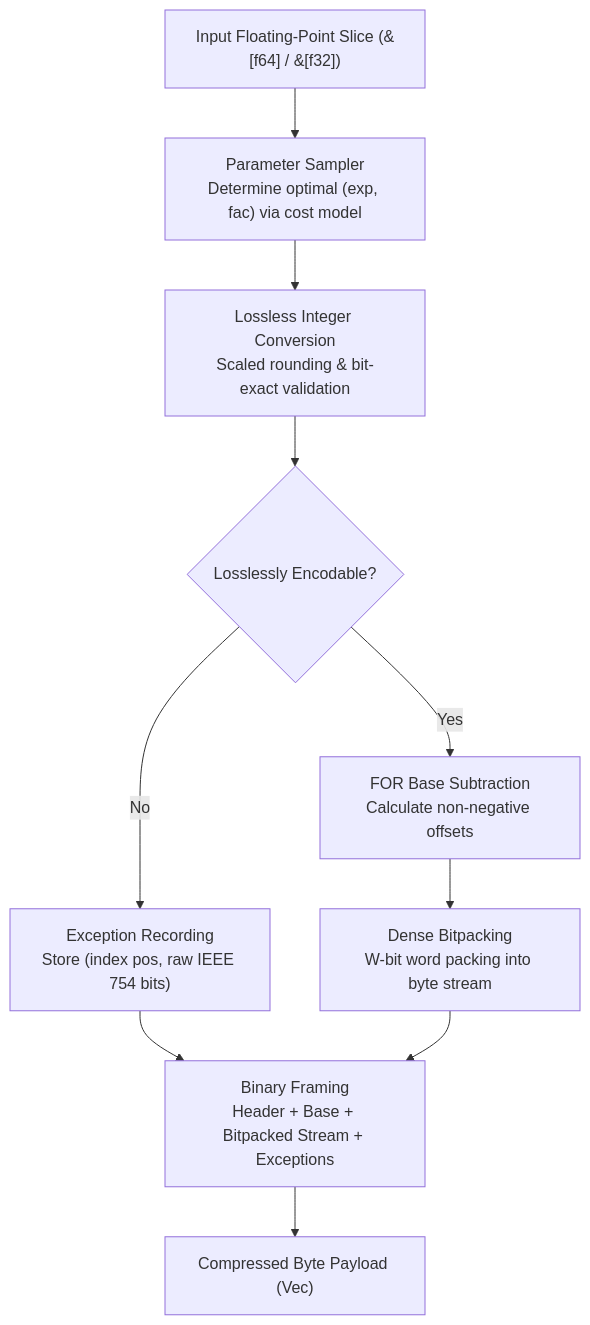
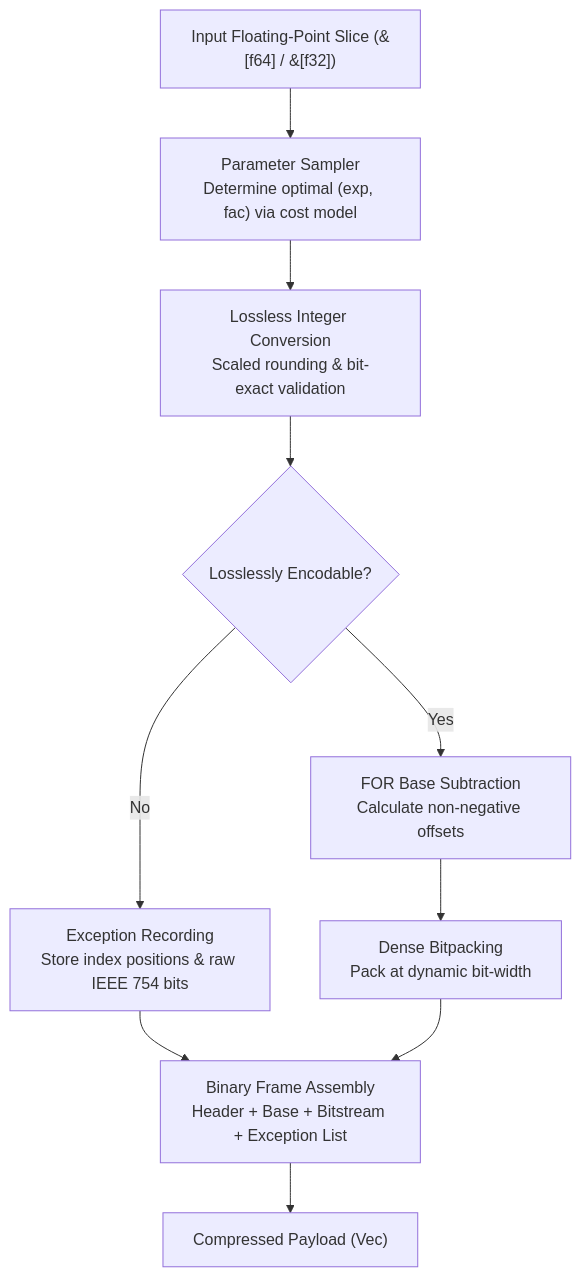
One commit to webc-site/wedb_embed changed the first of 2 diagrams in fastalp/README.md. Above: the diagram before and after it, drawn with Mermaid. The commit also changed other lines of this file and 42 other files, not shown here.

````diff
--- a/fastalp/README.md
+++ b/fastalp/README.md
@@ -229,12 +254,12 @@
 ```mermaid
 graph TD
   Input["Input Floating-Point Slice (&[f64] / &[f32])"] --> Sampler["Parameter Sampler<br/>Determine optimal (exp, fac) via cost model"]
   Sampler --> Encoder["Lossless Integer Conversion<br/>Scaled rounding & bit-exact validation"]
   Encoder --> Split{"Losslessly Encodable?"}
   Split -- Yes --> IntStream["FOR Base Subtraction<br/>Calculate non-negative offsets"]
-  Split -- No --> ExcStream["Exception Recording<br/>Store (index pos, raw IEEE 754 bits)"]
-  IntStream --> Bitpacker["Dense Bitpacking<br/>W-bit word packing into byte stream"]
-  ExcStream --> Frame["Binary Framing<br/>Header + Base + Bitpacked Stream + Exceptions"]
+  Split -- No --> ExcStream["Exception Recording<br/>Store index positions & raw IEEE 754 bits"]
+  IntStream --> Bitpacker["Dense Bitpacking<br/>Pack at dynamic bit-width"]
+  ExcStream --> Frame["Binary Frame Assembly<br/>Header + Base + Bitstream + Exception List"]
   Bitpacker --> Frame
-  Frame --> Output["Compressed Byte Payload (Vec<u8>)"]
+  Frame --> Output["Compressed Payload (Vec<u8>)"]
 ```
````
